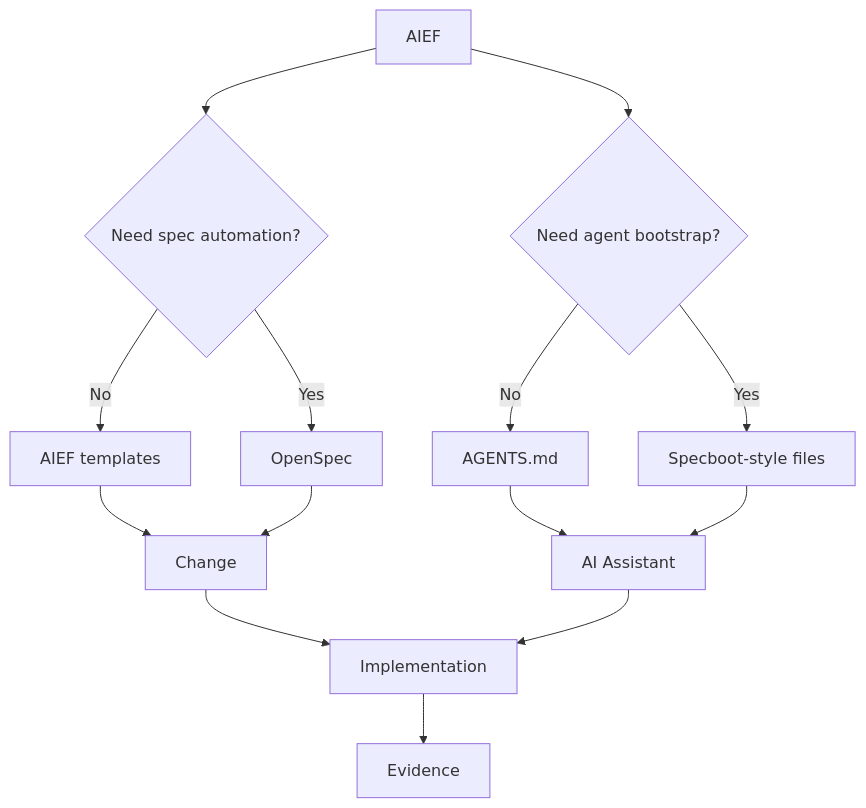
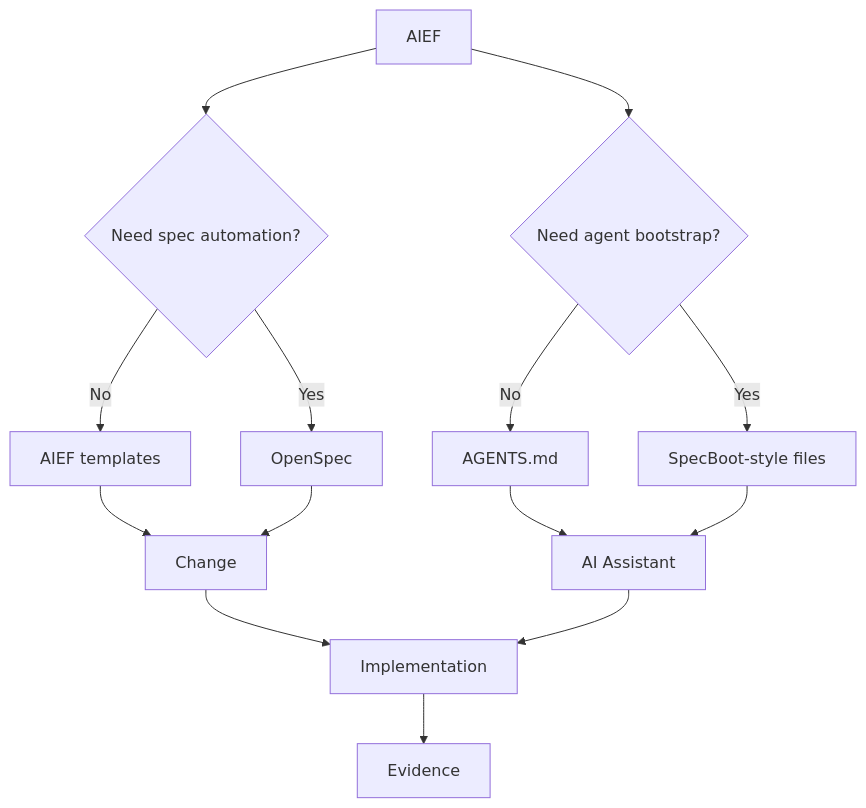
The diagram in docs/navigator/diagrams/tooling.md (avazquezmaza/aief-next), drawn with Mermaid before and after one commit. The commit also changed 31 other files, not shown here.

````diff
--- a/docs/navigator/diagrams/tooling.md
+++ b/docs/navigator/diagrams/tooling.md
@@ -3,19 +3,19 @@
 ```mermaid
 flowchart TD
     A[AIEF] --> B{Need spec automation?}
     B -->|No| C[AIEF templates]
     B -->|Yes| D[OpenSpec]
 
     A --> E{Need agent bootstrap?}
     E -->|No| F[AGENTS.md]
-    E -->|Yes| G[Specboot-style files]
+    E -->|Yes| G[SpecBoot-style files]
 
     C --> H[Change]
     D --> H
     F --> I[AI Assistant]
     G --> I
 
     H --> J[Implementation]
     I --> J
     J --> K[Evidence]
 ```
````
